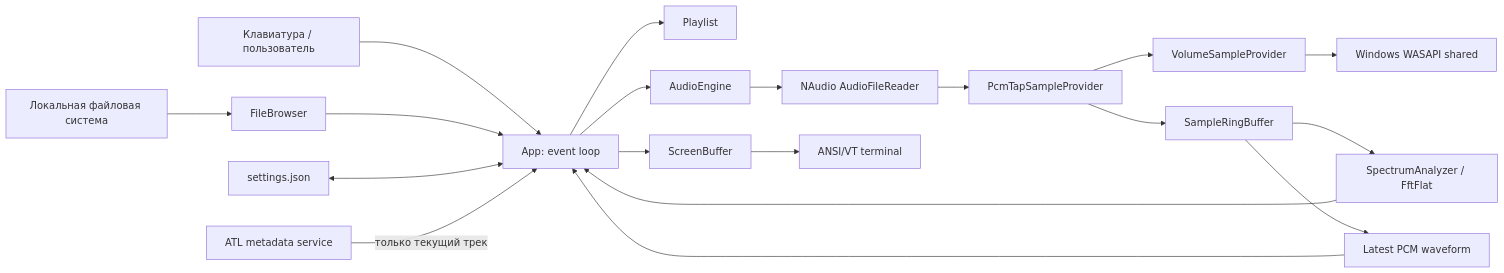
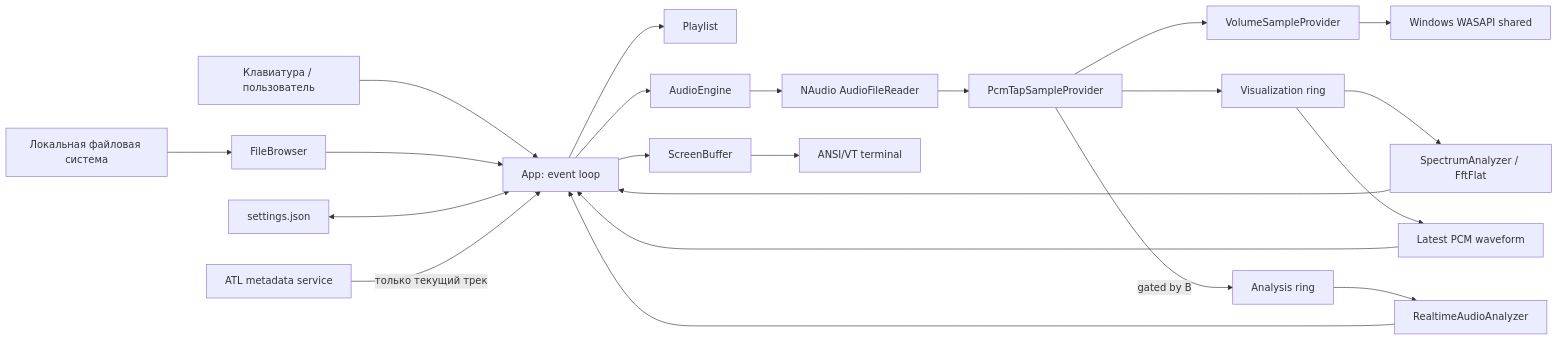
Before and after one commit to Geckon01/YACPlayer: the first of 3 diagrams in docs/ARCHITECTURE.ru.md, drawn with Mermaid. The commit also changed other lines of this file and 14 other files, not shown here.

Commit message:
Add toggleable realtime audio analysis

````diff
--- a/docs/ARCHITECTURE.ru.md
+++ b/docs/ARCHITECTURE.ru.md
@@ -23,21 +23,24 @@
 ```mermaid
 flowchart LR
     User["Клавиатура / пользователь"] --> App["App: event loop"]
     Files["Локальная файловая система"] --> Browser["FileBrowser"]
     Browser --> App
     App --> Playlist["Playlist"]
     App --> Audio["AudioEngine"]
     Audio --> NAudio["NAudio AudioFileReader"]
     NAudio --> Tap["PcmTapSampleProvider"]
     Tap --> Volume["VolumeSampleProvider"]
     Volume --> WASAPI["Windows WASAPI shared"]
-    Tap --> Ring["SampleRingBuffer"]
+    Tap --> Ring["Visualization ring"]
     Ring --> FFT["SpectrumAnalyzer / FftFlat"]
     Ring --> Wave["Latest PCM waveform"]
+    Tap -->|"gated by B"| AnalysisRing["Analysis ring"]
+    AnalysisRing --> Realtime["RealtimeAudioAnalyzer"]
     FFT --> App
     Wave --> App
+    Realtime --> App
     App --> Buffer["ScreenBuffer"]
     Buffer --> Terminal["ANSI/VT terminal"]
     Settings["settings.json"] <--> App
     ATL["ATL metadata service"] -->|"только текущий трек"| App
 ```
````
